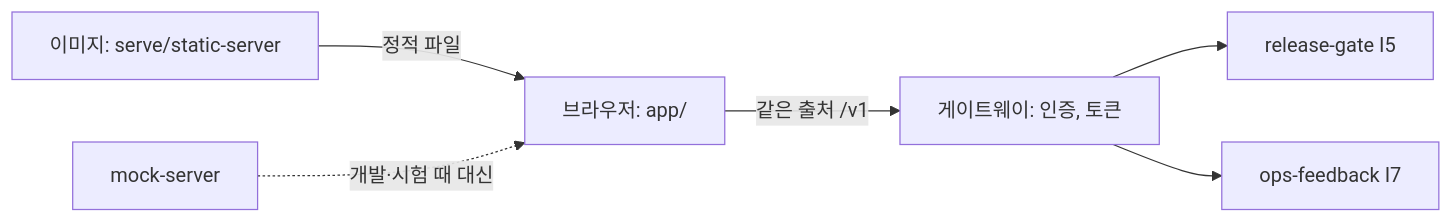
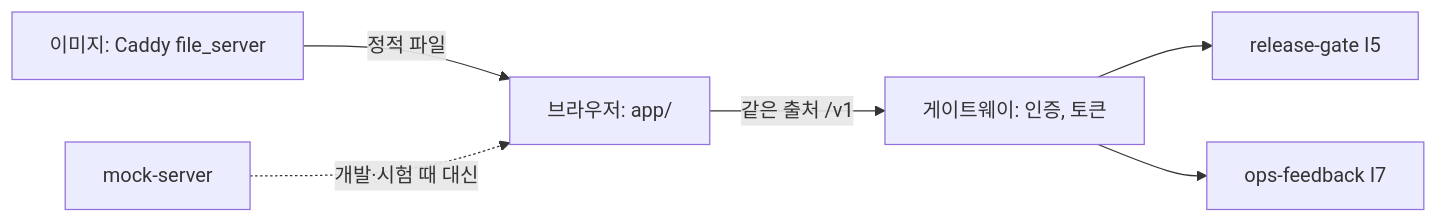
The diagram in README.md (Sdabin1209/openit_admin-console), drawn with Mermaid before and after one commit. The commit also changed other lines of this file and 13 other files, not shown here.

Commit message:
feat(U4a): 정적 서버를 Caddy file_server 이미지로 교체(ADR 0018), 동작 시험 추가

````diff
--- a/README.md
+++ b/README.md
@@ -35,8 +35,8 @@
 ```mermaid
 flowchart LR
   B[브라우저: app/] -->|같은 출처 /v1| G[게이트웨이: 인증, 토큰]
   G --> RG[release-gate I5]
   G --> OF[ops-feedback I7]
-  S[이미지: serve/static-server] -->|정적 파일| B
+  S[이미지: Caddy file_server] -->|정적 파일| B
   M[mock-server] -.개발·시험 때 대신.-> B
 ```
````
